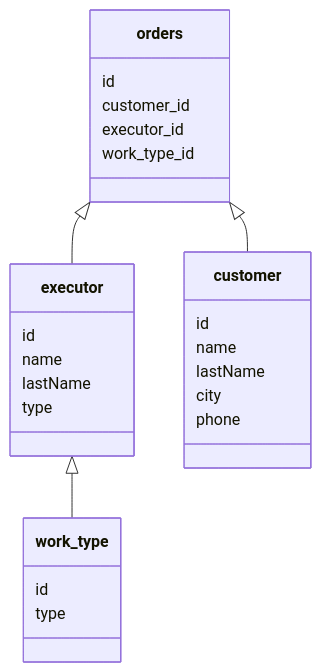
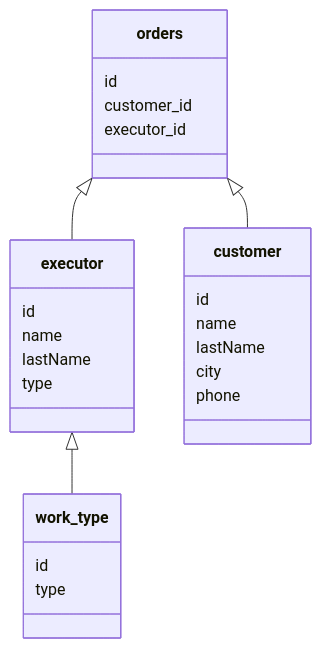
The diagram in README.md (Sabronor/OrdersApp), drawn with Mermaid before and after one commit.

````diff
--- a/README.md
+++ b/README.md
@@ -39,30 +39,29 @@
 ```mermaid
 classDiagram
     executor <|-- work_type
     orders <|-- executor
     orders <|-- customer
     class customer{
       id
       name
       lastName
       city
       phone
     }
     class work_type{
       id
       type
     }
     class executor{
       id
       name
       lastName
       type
     }
 
     class orders{
         id
         customer_id
         executor_id
-        work_type_id
     }
 ```
````
